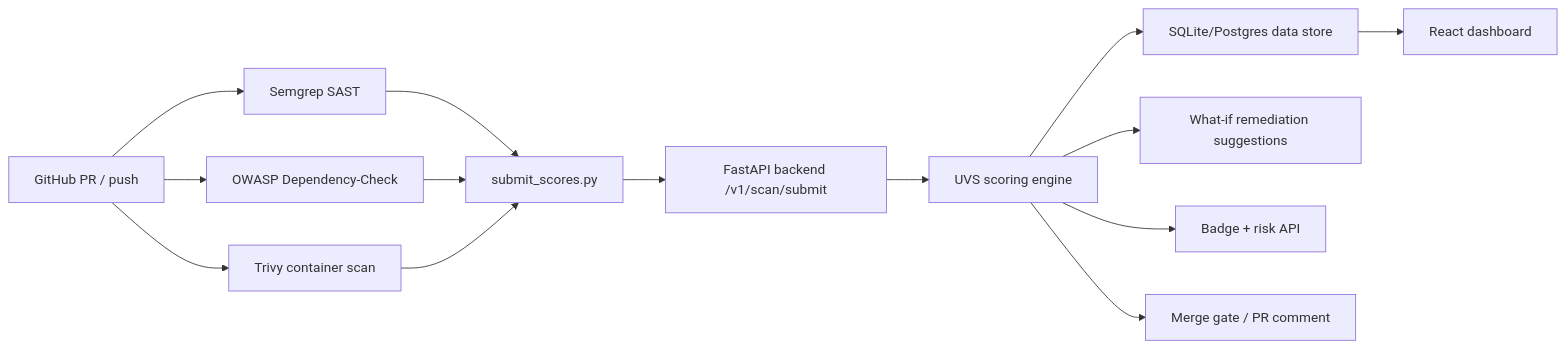
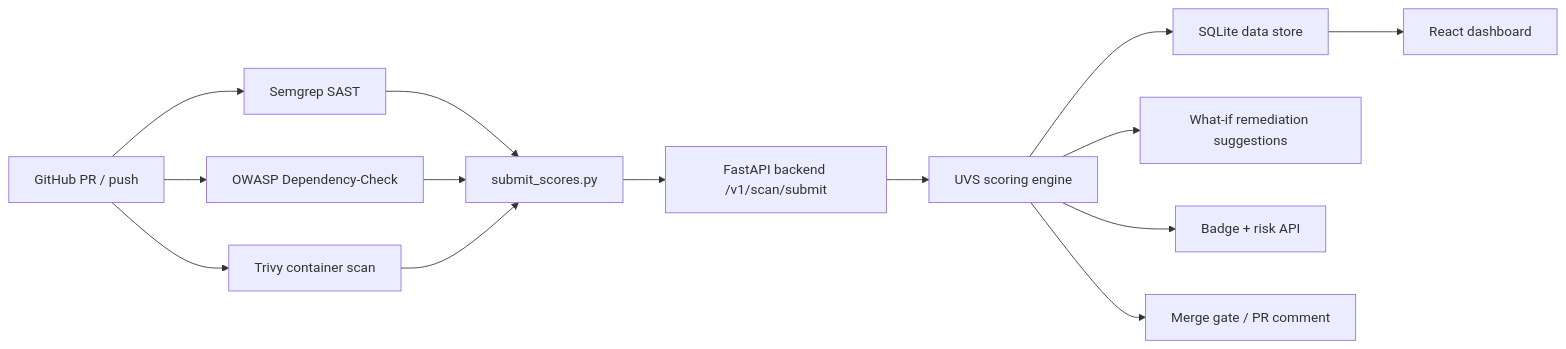
Before and after one commit to akhild24/devsecops-uvs-pipeline: the diagram in README.md, drawn with Mermaid. The commit also changed other lines of this file, not shown here.

````diff
--- a/README.md
+++ b/README.md
@@ -7,16 +12,16 @@
 ```mermaid
 flowchart LR
     A[GitHub PR / push] --> B[Semgrep SAST]
     A --> C[OWASP Dependency-Check]
     A --> D[Trivy container scan]
     B --> E[submit_scores.py]
     C --> E
     D --> E
     E --> F[FastAPI backend /v1/scan/submit]
     F --> G[UVS scoring engine]
-    G --> H[SQLite/Postgres data store]
+    G --> H[SQLite data store]
     H --> I[React dashboard]
     G --> J[What-if remediation suggestions]
     G --> K[Badge + risk API]
     G --> L[Merge gate / PR comment]
 ```
````
